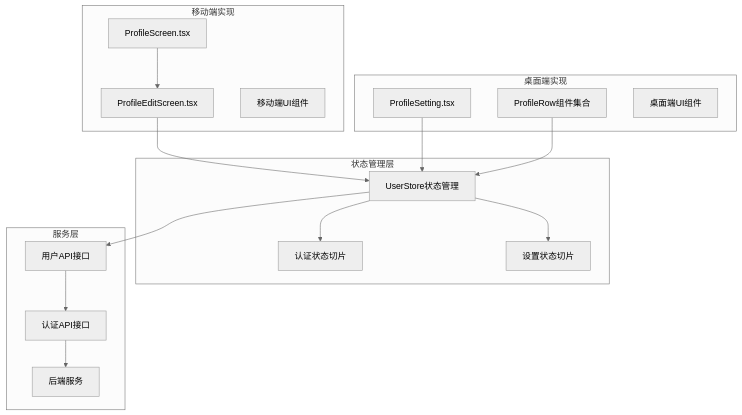
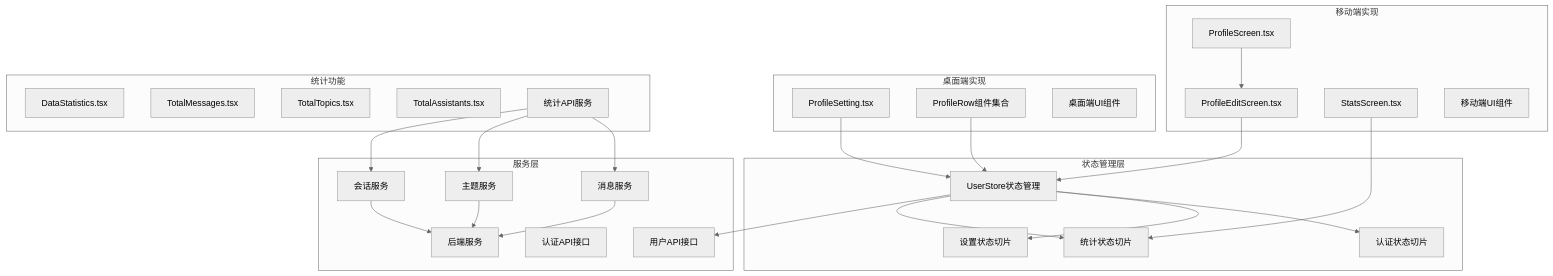
Before and after one commit to AvatoLabs/avato: the first of 8 diagrams in .qoder/repowiki/zh/content/核心功能模块/个人资料编辑增强.md, drawn with Mermaid (neutral theme). The commit also changed other lines of this file and 23 other files, not shown here.

````diff
--- a/.qoder/repowiki/zh/content/核心功能模块/个人资料编辑增强.md
+++ b/.qoder/repowiki/zh/content/核心功能模块/个人资料编辑增强.md
@@ -40,32 +60,50 @@
 ```mermaid
 graph TB
 subgraph "移动端实现"
 MobileProfile[ProfileEditScreen.tsx]
 MobileProfileScreen[ProfileScreen.tsx]
+MobileStats[StatsScreen.tsx]
 MobileComponents[移动端UI组件]
 end
 subgraph "桌面端实现"
 DesktopProfile[ProfileSetting.tsx]
 DesktopRows[ProfileRow组件集合]
 DesktopComponents[桌面端UI组件]
 end
+subgraph "统计功能"
+DataStats[DataStatistics.tsx]
+TotalMessages[TotalMessages.tsx]
+TotalTopics[TotalTopics.tsx]
+TotalAssistants[TotalAssistants.tsx]
+StatsAPI[统计API服务]
+end
 subgraph "状态管理层"
 UserStore[UserStore状态管理]
 AuthSlice[认证状态切片]
 SettingsSlice[设置状态切片]
+StatsSlice[统计状态切片]
 end
 subgraph "服务层"
 UserAPI[用户API接口]
 AuthAPI[认证API接口]
 Backend[后端服务]
+MessageService[消息服务]
+TopicService[主题服务]
+SessionService[会话服务]
 end
 MobileProfile --> UserStore
 MobileProfileScreen --> MobileProfile
+MobileStats --> StatsSlice
 DesktopProfile --> UserStore
 DesktopRows --> UserStore
 UserStore --> AuthSlice
 UserStore --> SettingsSlice
+UserStore --> StatsSlice
 UserStore --> UserAPI
-UserAPI --> AuthAPI
-AuthAPI --> Backend
+StatsAPI --> MessageService
+StatsAPI --> TopicService
+StatsAPI --> SessionService
+MessageService --> Backend
+TopicService --> Backend
+SessionService --> Backend
 ```
````
